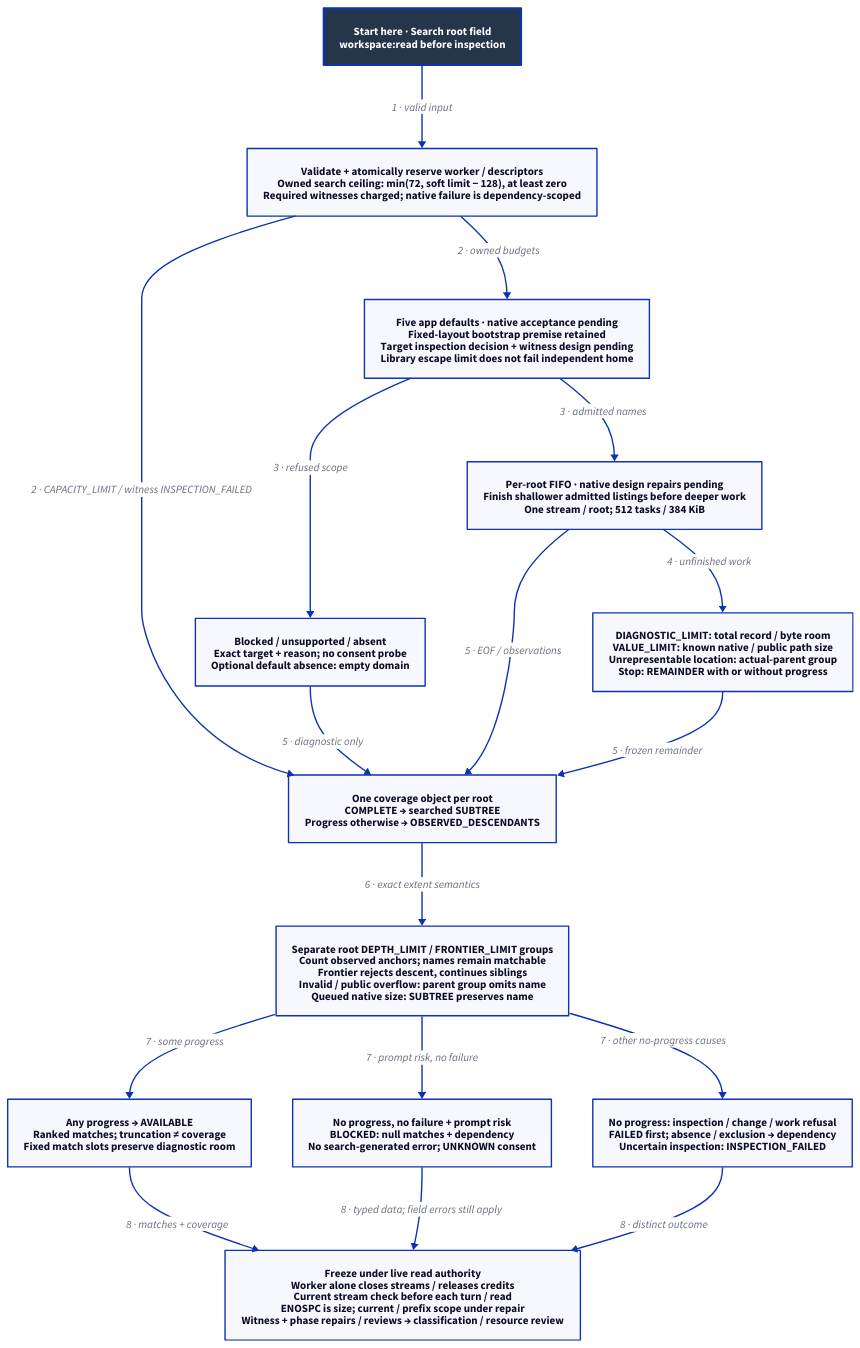
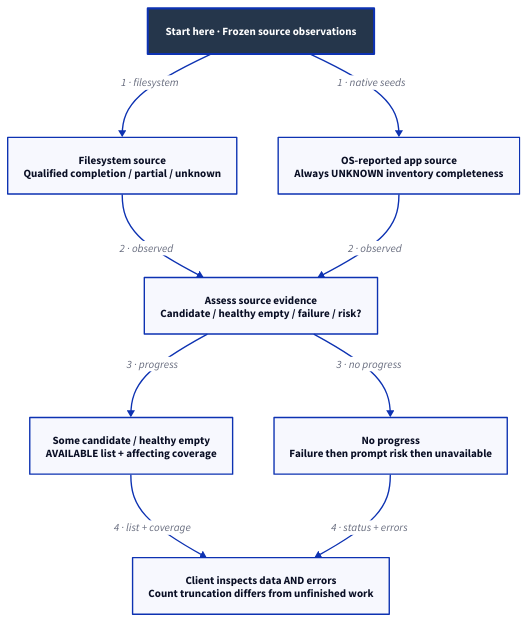
The diagram in docs/design/architecture/search-coverage.d2 (Linkuistics/Koine), drawn with D2 before and after one commit. The commit also changed 142 other files, not shown here.

Commit message:
Design tool-backed application and file search (search-tooling-k195)

```diff
--- a/docs/design/architecture/search-coverage.d2
+++ b/docs/design/architecture/search-coverage.d2
@@ -1,33 +1,20 @@
-# Designed flow; arrows show order/guards, not checked temporal guarantees.
+# Selected mechanism, subject to human choices/review/native acceptance.
 direction: down
 classes: {
   start: {style: {fill: "#25364B"; font-color: "#FFFFFF"; bold: true; stroke-width: 3}}
 }
-Start: "Start here · Search root field\nworkspace:read before inspection" {class: start}
-Reserve: "Validate + atomically reserve worker / descriptors\nOwned search ceiling: min(72, soft limit − 128), at least zero\nRequired witnesses charged; native failure is dependency-scoped"
-Admission: "Five app defaults · native acceptance pending\nFixed-layout bootstrap premise retained\nTarget inspection decision + witness design pending\nLibrary escape limit does not fail independent home"
-Skip: "Blocked / unsupported / absent\nExact target + reason; no consent probe\nOptional default absence: empty domain"
-Scan: "Per-root FIFO · native design repairs pending\nFinish shallower admitted listings before deeper work\nOne stream / root; 512 tasks / 384 KiB"
-Bounds: "DIAGNOSTIC_LIMIT: total record / byte room\nVALUE_LIMIT: known native / public path size\nUnrepresentable location: actual-parent group\nStop: REMAINDER with or without progress"
-Coverage: "One coverage object per root\nCOMPLETE → searched SUBTREE\nProgress otherwise → OBSERVED_DESCENDANTS"
-Groups: "Separate root DEPTH_LIMIT / FRONTIER_LIMIT groups\nCount observed anchors; names remain matchable\nFrontier rejects descent, continues siblings\nInvalid / public overflow: parent group omits name\nQueued native size: SUBTREE preserves name"
-Available: "Any progress → AVAILABLE\nRanked matches; truncation ≠ coverage\nFixed match slots preserve diagnostic room"
-Blocked: "No progress, no failure + prompt risk\nBLOCKED: null matches + dependency\nNo search-generated error; UNKNOWN consent"
-Other: "No progress: inspection / change / work refusal\nFAILED first; absence / exclusion → dependency\nUncertain inspection: INSPECTION_FAILED"
-Publish: "Freeze under live read authority\nWorker alone closes streams / releases credits\nCurrent stream check before each turn / read\nENOSPC is size; current / prefix scope under repair\nWitness + phase repairs / reviews → classification / resource review"
-Start -> Reserve: "1 · valid input"
-Reserve -> Admission: "2 · owned budgets"
-Reserve -> Coverage: "2 · CAPACITY_LIMIT / witness INSPECTION_FAILED"
-Admission -> Skip: "3 · refused scope"
-Admission -> Scan: "3 · admitted names"
-Scan -> Bounds: "4 · unfinished work"
-Skip -> Coverage: "5 · diagnostic only"
-Scan -> Coverage: "5 · EOF / observations"
-Bounds -> Coverage: "5 · frozen remainder"
-Coverage -> Groups: "6 · exact extent semantics"
-Groups -> Available: "7 · some progress"
-Groups -> Blocked: "7 · prompt risk, no failure"
-Groups -> Other: "7 · other no-progress causes"
-Available -> Publish: "8 · matches + coverage"
-Blocked -> Publish: "8 · typed data; field errors still apply"
-Other -> Publish: "8 · distinct outcome"
+Start: "Start here · Frozen source observations" {class: start}
+FS: "Filesystem source\nQualified completion / partial / unknown"
+OS: "OS-reported app source\nAlways UNKNOWN inventory completeness"
+Progress: "Some candidate / healthy empty\nAVAILABLE list + affecting coverage"
+NoProgress: "No progress\nFailure then prompt risk then unavailable"
+Client: "Client inspects data AND errors\nCount truncation differs from unfinished work"
+Assess: "Assess source evidence\nCandidate / healthy empty / failure / risk?"
+Start -> FS: "1 · filesystem"
+Start -> OS: "1 · native seeds"
+FS -> Assess: "2 · observed"
+OS -> Assess: "2 · observed"
+Assess -> Progress: "3 · progress"
+Assess -> NoProgress: "3 · no progress"
+Progress -> Client: "4 · list + coverage"
+NoProgress -> Client: "4 · status + errors"
```
